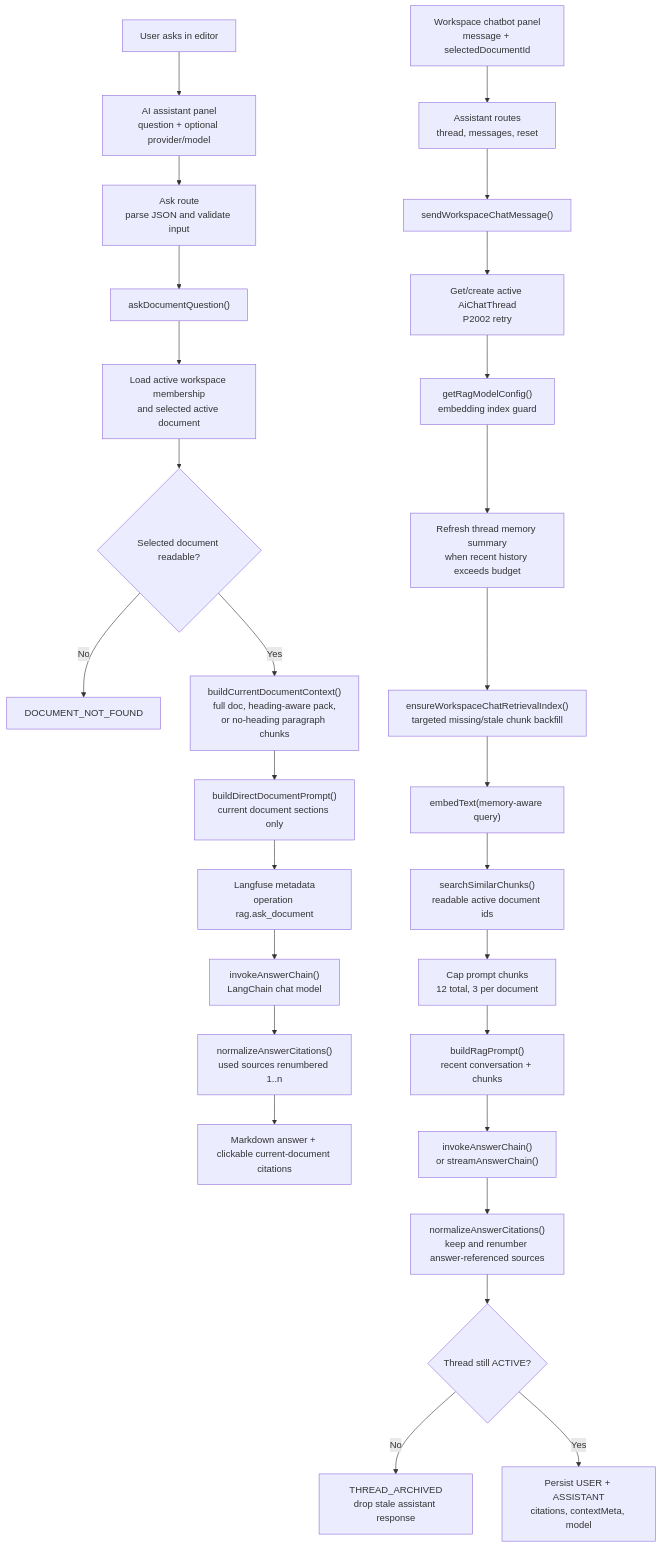
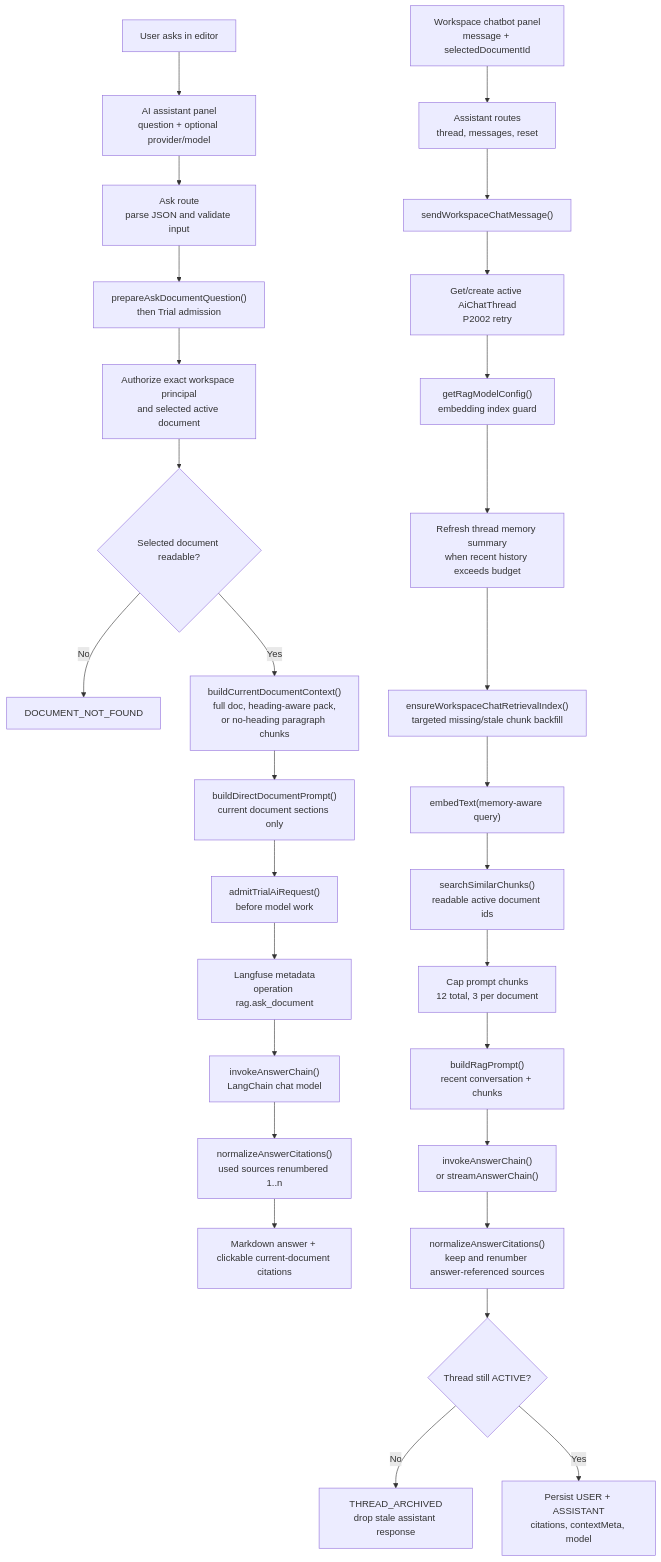
The first of 2 diagrams in wiki/RAG Process Workflow.md (dschoi30/munjib), drawn with Mermaid before and after one commit. The commit also changed other lines of this file and 5 other files, not shown here.

Commit message:
feat(ai): enforce trial quota on ask ai

````diff
--- a/wiki/RAG Process Workflow.md
+++ b/wiki/RAG Process Workflow.md
@@ -117,31 +131,32 @@
 ```mermaid
 flowchart TD
     User["User asks in editor"] --> Panel["AI assistant panel<br/>question + optional provider/model"]
     Panel --> AskRoute["Ask route<br/>parse JSON and validate input"]
-    AskRoute --> AskService["askDocumentQuestion()"]
-    AskService --> AskPermission["Load active workspace membership<br/>and selected active document"]
+    AskRoute --> AskService["prepareAskDocumentQuestion()<br/>then Trial admission"]
+    AskService --> AskPermission["Authorize exact workspace principal<br/>and selected active document"]
     AskPermission --> AskReadable{"Selected document readable?"}
     AskReadable -- "No" --> AskNotFound["DOCUMENT_NOT_FOUND"]
     AskReadable -- "Yes" --> AskContext["buildCurrentDocumentContext()<br/>full doc, heading-aware pack,<br/>or no-heading paragraph chunks"]
     AskContext --> AskPrompt["buildDirectDocumentPrompt()<br/>current document sections only"]
-    AskPrompt --> AskTrace["Langfuse metadata<br/>operation rag.ask_document"]
+    AskPrompt --> AskAdmission["admitTrialAiRequest()<br/>before model work"]
+    AskAdmission --> AskTrace["Langfuse metadata<br/>operation rag.ask_document"]
     AskTrace --> AskAnswer["invokeAnswerChain()<br/>LangChain chat model"]
     AskAnswer --> AskNormalize["normalizeAnswerCitations()<br/>used sources renumbered 1..n"]
     AskNormalize --> AskUI["Markdown answer + clickable current-document citations"]
 
     ChatUser["Workspace chatbot panel<br/>message + selectedDocumentId"] --> ChatRoute["Assistant routes<br/>thread, messages, reset"]
     ChatRoute --> ChatService["sendWorkspaceChatMessage()"]
     ChatService --> Thread["Get/create active AiChatThread<br/>P2002 retry"]
     Thread --> ChatConfig["getRagModelConfig()<br/>embedding index guard"]
     ChatConfig --> ChatMemory["Refresh thread memory summary<br/>when recent history exceeds budget"]
     ChatMemory --> ChatBackfill["ensureWorkspaceChatRetrievalIndex()<br/>targeted missing/stale chunk backfill"]
     ChatBackfill --> ChatEmbed["embedText(memory-aware query)"]
     ChatEmbed --> ChatSearch["searchSimilarChunks()<br/>readable active document ids"]
     ChatSearch --> ChatCap["Cap prompt chunks<br/>12 total, 3 per document"]
     ChatCap --> ChatPrompt["buildRagPrompt()<br/>recent conversation + chunks"]
     ChatPrompt --> ChatAnswer["invokeAnswerChain()<br/>or streamAnswerChain()"]
     ChatAnswer --> UsedCitations["normalizeAnswerCitations()<br/>keep and renumber answer-referenced sources"]
     UsedCitations --> ActiveCheck{"Thread still ACTIVE?"}
     ActiveCheck -- "No" --> Stale["THREAD_ARCHIVED<br/>drop stale assistant response"]
     ActiveCheck -- "Yes" --> Persist["Persist USER + ASSISTANT<br/>citations, contextMeta, model"]
 ```
````
